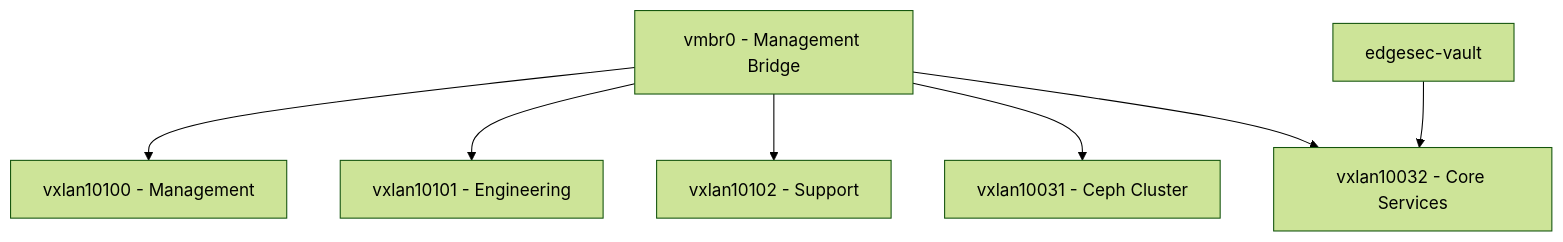
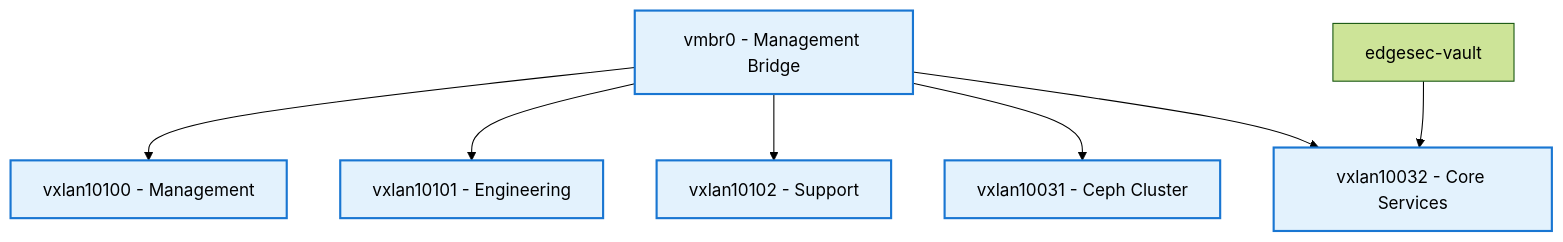
Before and after one commit to CEP-Comwell/proxmox_addons: the second of 4 diagrams in README.md, drawn with Mermaid (forest theme).

Commit message:
update vmbr0 (Management Bridge) color

````diff
--- a/README.md
+++ b/README.md
@@ -75,16 +75,18 @@
 ```mermaid
 graph TD
 MgmtBridge[vmbr0 - Management Bridge]
 VX10100[vxlan10100 - Management]
 VX10101[vxlan10101 - Engineering]
 VX10102[vxlan10102 - Support]
 VXCEPH2[vxlan10031 - Ceph Cluster]
 VX10032[vxlan10032 - Core Services]
 VaultVM[edgesec-vault]
 MgmtBridge --> VX10100
 MgmtBridge --> VX10101
 MgmtBridge --> VX10102
 MgmtBridge --> VXCEPH2
 MgmtBridge --> VX10032
 VaultVM --> VX10032
+classDef mgmt fill:#e3f2fd,stroke:#1976d2,stroke-width:2px;
+class MgmtBridge,VX10100,VX10101,VX10102,VXCEPH2,VX10032 mgmt;
 ```
````
